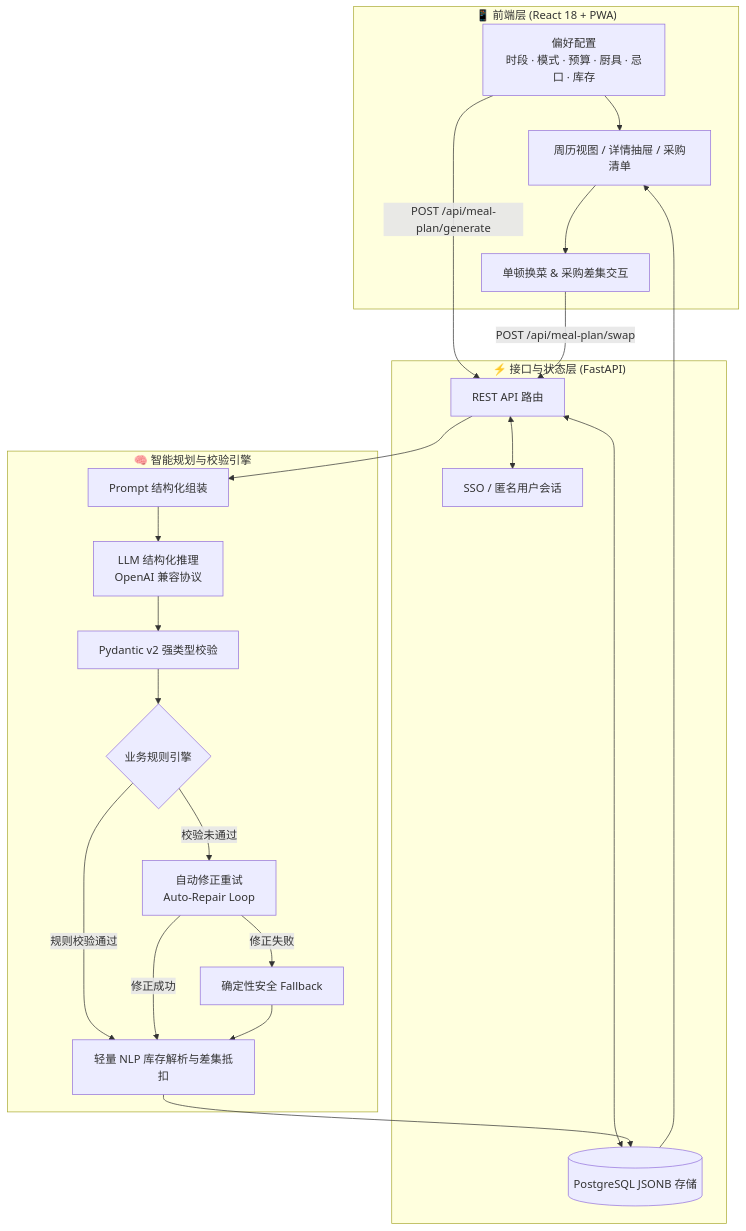
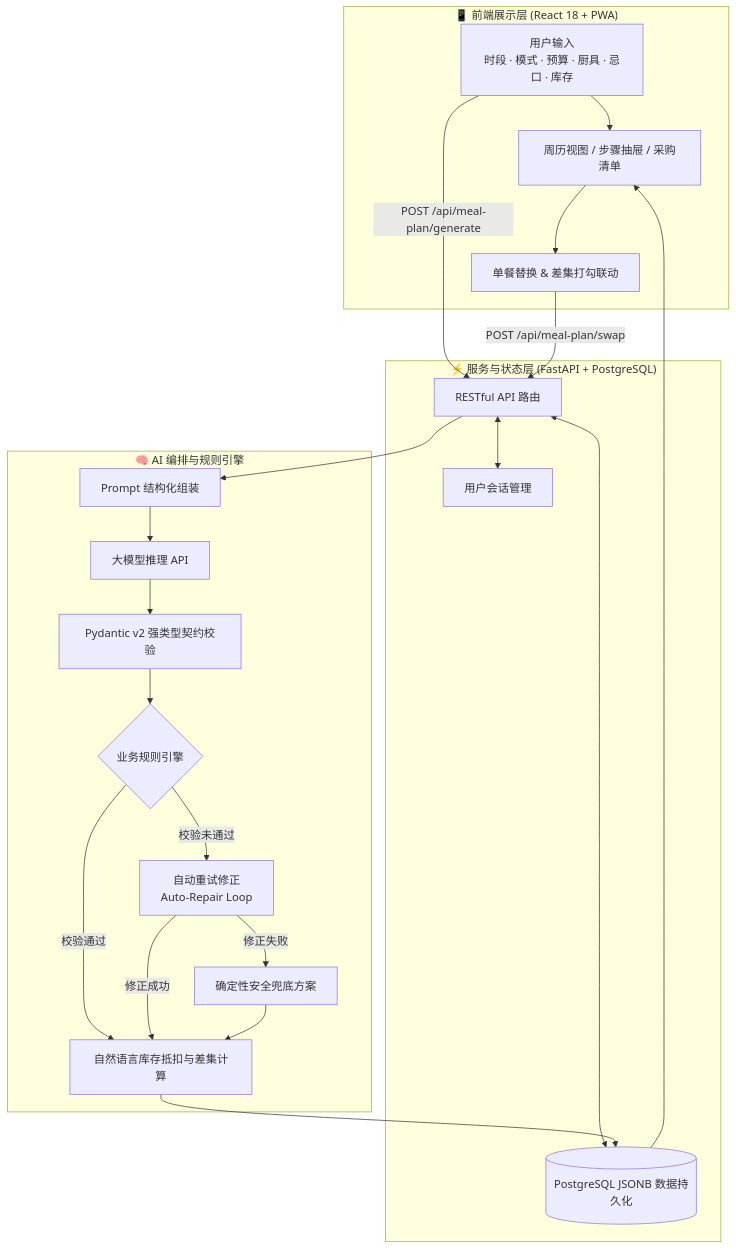
Before and after one commit to Sinera-kiki/wanting-meal-planner: the diagram in README.md, drawn with Mermaid. The commit also changed other lines of this file, not shown here.

````diff
--- a/README.md
+++ b/README.md
@@ -83,35 +81,35 @@
 ```mermaid
 flowchart TB
-    subgraph Client["📱 前端层 (React 18 + PWA)"]
-        A[偏好配置\n时段 · 模式 · 预算 · 厨具 · 忌口 · 库存] --> B[周历视图 / 详情抽屉 / 采购清单]
-        B --> C[单顿换菜 & 采购差集交互]
+    subgraph Client["📱 前端展示层 (React 18 + PWA)"]
+        A[用户输入\n时段 · 模式 · 预算 · 厨具 · 忌口 · 库存] --> B[周历视图 / 步骤抽屉 / 采购清单]
+        B --> C[单餐替换 & 差集打勾联动]
     end
 
-    subgraph API["⚡ 接口与状态层 (FastAPI)"]
-        D[REST API 路由]
-        E[SSO / 匿名用户会话]
-        F[(PostgreSQL JSONB 存储)]
+    subgraph API["⚡ 服务与状态层 (FastAPI + PostgreSQL)"]
+        D[RESTful API 路由]
+        E[用户会话管理]
+        F[(PostgreSQL JSONB 数据持久化)]
         D <--> E
         D <--> F
     end
 
-    subgraph AI["🧠 智能规划与校验引擎"]
+    subgraph Core["🧠 AI 编排与规则引擎"]
         G[Prompt 结构化组装]
-        H[LLM 结构化推理\nOpenAI 兼容协议]
-        I[Pydantic v2 强类型校验]
+        H[大模型推理 API]
+        I[Pydantic v2 强类型契约校验]
         J{业务规则引擎}
-        K[自动修正重试\nAuto-Repair Loop]
-        L[确定性安全 Fallback]
-        M[轻量 NLP 库存解析与差集抵扣]
+        K[自动重试修正\nAuto-Repair Loop]
+        L[确定性安全兜底方案]
+        M[自然语言库存抵扣与差集计算]
     end
 
     A -->|POST /api/meal-plan/generate| D
     C -->|POST /api/meal-plan/swap| D
     D --> G --> H --> I --> J
-    J -->|规则校验通过| M
+    J -->|校验通过| M
     J -->|校验未通过| K
     K -->|修正成功| M
     K -->|修正失败| L --> M
     M --> F
     F --> B
 ```
````
